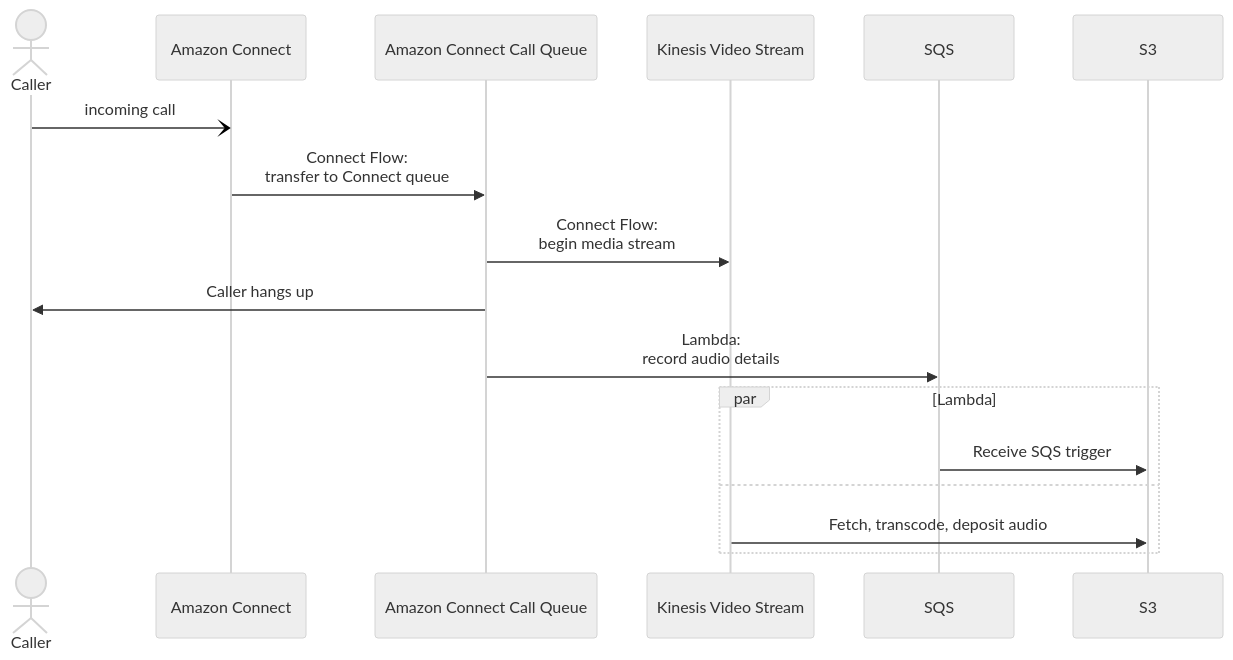
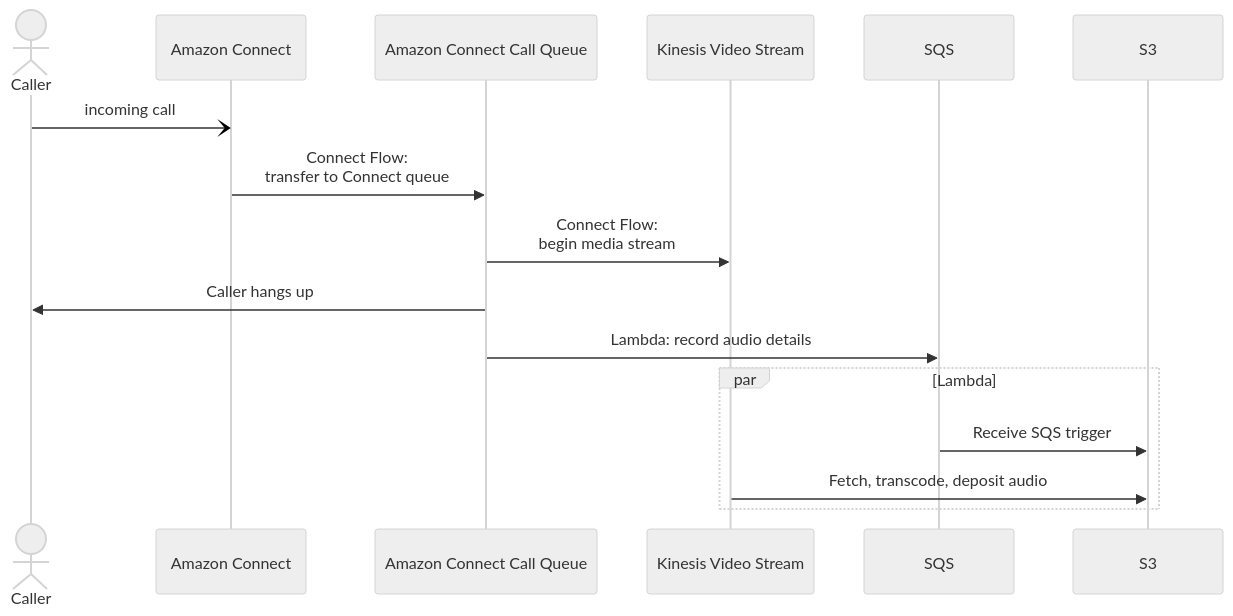
One commit to fsiler/amazon-connect-voicemail changed the diagram in README.md. Above: the diagram before and after it, drawn with Mermaid (neutral theme).

Commit message:
minor diagram cleanup

````diff
--- a/README.md
+++ b/README.md
@@ -13,19 +13,18 @@
 ```mermaid
 sequenceDiagram
   actor c as Caller
   participant ac as Amazon Connect
   participant q as Amazon Connect Call Queue
   participant v as Kinesis Video Stream
   participant SQS
   participant S3
   c-)ac: incoming call
   ac->>q: Connect Flow:<br />transfer to Connect queue
   q->>v: Connect Flow:<br />begin media stream
   q->>c: Caller hangs up
-  q->>SQS: Lambda:<br />record audio details
+  q->>SQS: Lambda: record audio details
   par Lambda
     SQS->>S3: Receive SQS trigger
-  and
       v->>S3: Fetch, transcode, deposit audio
   end
 ```
````
